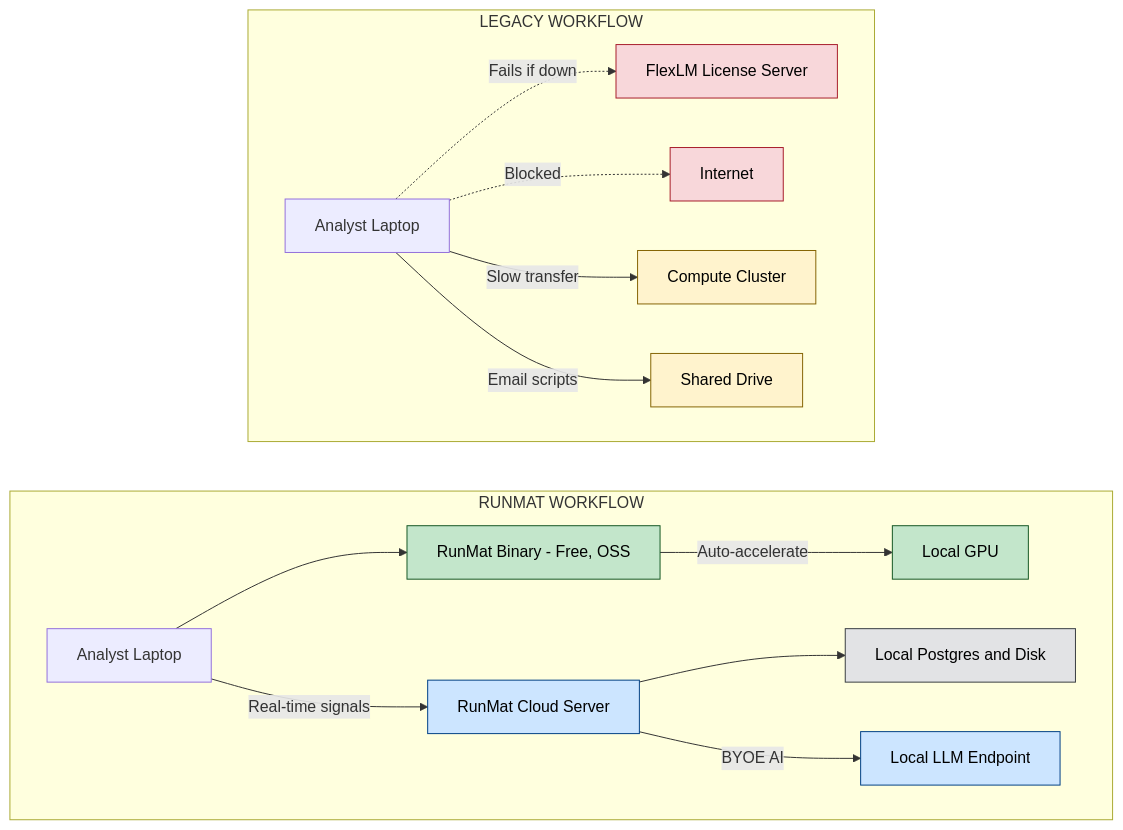
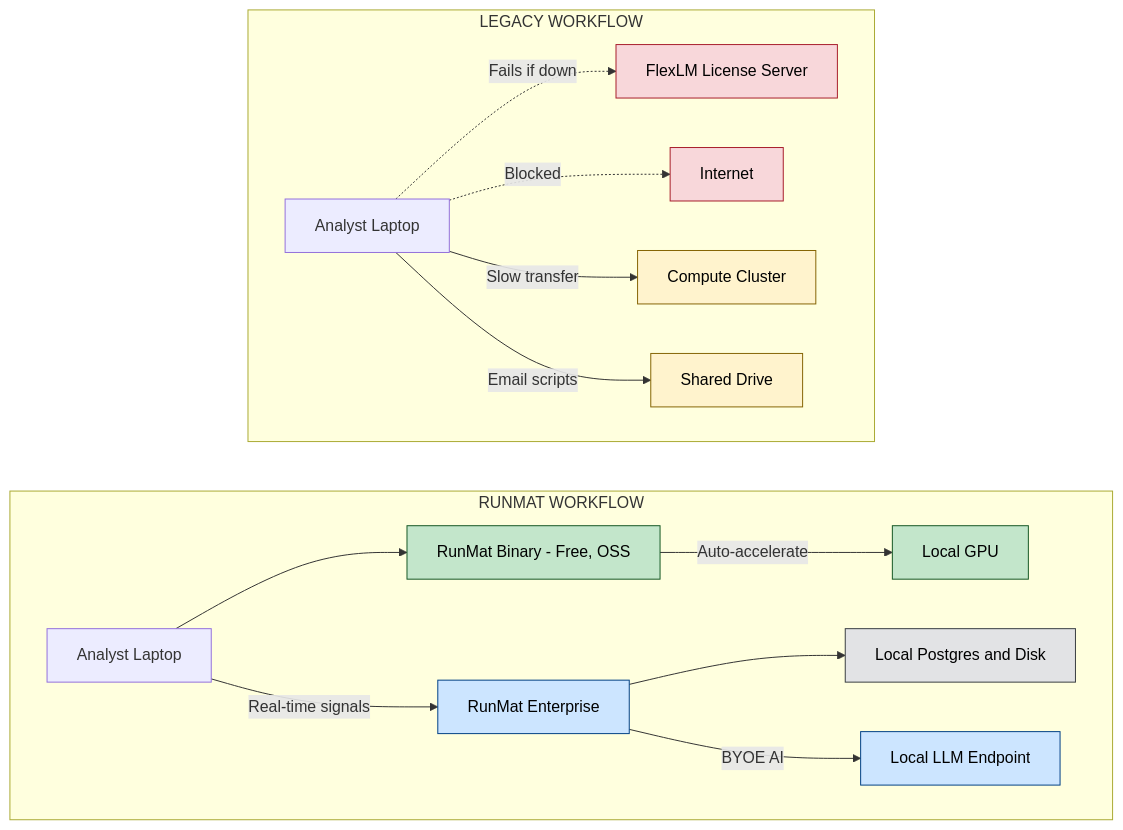
The diagram in website/content/blog/mission-critical-math-airgap.md (runmat-org/runmat), drawn with Mermaid before and after one commit. The commit also changed other lines of this file, not shown here.

First line of the commit message:
feat(blog): update RunMat product descriptions for clarity and accessibility

````diff
--- a/website/content/blog/mission-critical-math-airgap.md
+++ b/website/content/blog/mission-critical-math-airgap.md
@@ -145,37 +145,37 @@
 ```mermaid
 flowchart TD
     subgraph LEGACY[LEGACY WORKFLOW]
         L1[Analyst Laptop]
         L2[FlexLM License Server]
         L5[Internet]
         L3[Compute Cluster]
         L4[Shared Drive]
         L1 -. "Fails if down" .-> L2
         L1 -. "Blocked" .-> L5
         L1 -- "Slow transfer" --> L3
         L1 -- "Email scripts" --> L4
     end
     LEGACY ~~~ RUNMAT
     subgraph RUNMAT[RUNMAT WORKFLOW]
         R1[Analyst Laptop]
         R2[RunMat Binary - Free, OSS]
         R3[Local GPU]
-        R4[RunMat Cloud Server]
+        R4[RunMat Enterprise]
         R5[Local Postgres and Disk]
         R6[Local LLM Endpoint]
         R1 --> R2
         R2 -- "Auto-accelerate" --> R3
         R1 -- "Real-time signals" --> R4
         R4 --> R5
         R4 -- "BYOE AI" --> R6
     end
     style L2 fill:#f8d7da,stroke:#a71d2a,color:#000000
     style L5 fill:#f8d7da,stroke:#a71d2a,color:#000000
     style L3 fill:#fff3cd,stroke:#856404,color:#000000
     style L4 fill:#fff3cd,stroke:#856404,color:#000000
     style R2 fill:#c3e6cb,stroke:#155724,color:#000000
     style R3 fill:#c3e6cb,stroke:#155724,color:#000000
     style R4 fill:#cce5ff,stroke:#004085,color:#000000
     style R5 fill:#e2e3e5,stroke:#383d41,color:#000000
     style R6 fill:#cce5ff,stroke:#004085,color:#000000
 ```
````
